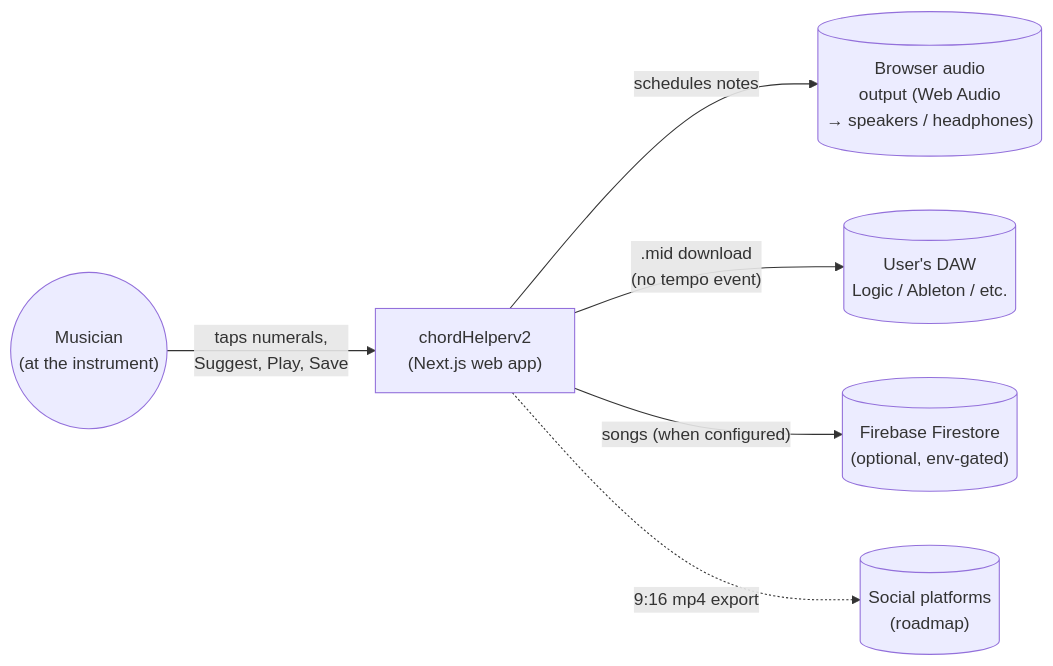
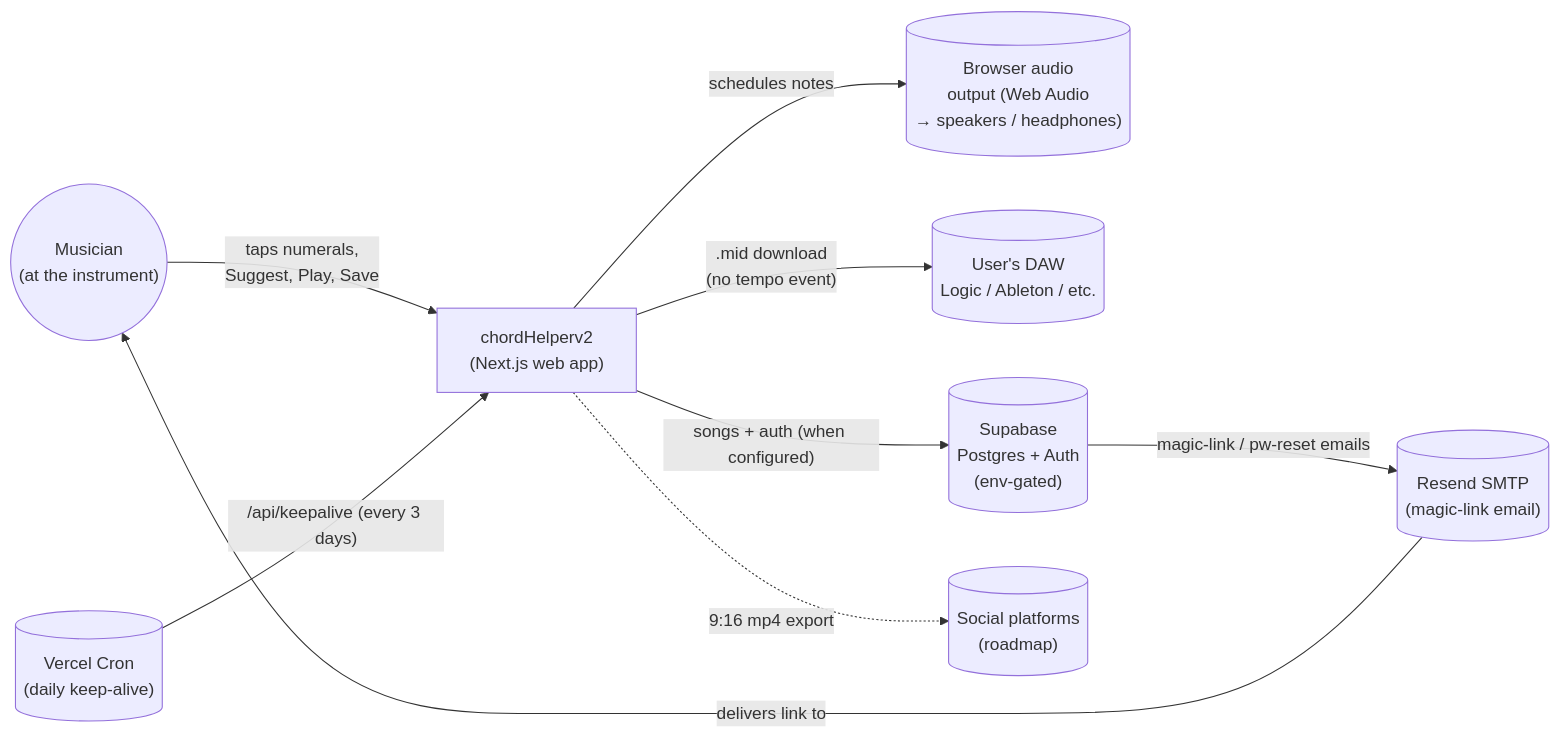
Before and after one commit to mazhermon/hitme-chord-suggester-v2: the first of 4 diagrams in docs/SYSTEM.md, drawn with Mermaid. The commit also changed other lines of this file and 5 other files, not shown here.

````diff
--- a/docs/SYSTEM.md
+++ b/docs/SYSTEM.md
@@ -32,15 +32,20 @@
 ```mermaid
 flowchart LR
   user(("Musician<br/>(at the instrument)"))
   app["chordHelperv2<br/>(Next.js web app)"]
   speakers[("Browser audio<br/>output (Web Audio<br/>→ speakers / headphones)")]
   daw[("User's DAW<br/>Logic / Ableton / etc.")]
-  firestore[("Firebase Firestore<br/>(optional, env-gated)")]
+  supabase[("Supabase<br/>Postgres + Auth<br/>(env-gated)")]
+  resend[("Resend SMTP<br/>(magic-link email)")]
+  vercel[("Vercel Cron<br/>(daily keep-alive)")]
   share[("Social platforms<br/>(roadmap)")]
 
   user -- "taps numerals,<br/>Suggest, Play, Save" --> app
   app -- "schedules notes" --> speakers
   app -- ".mid download<br/>(no tempo event)" --> daw
-  app -- "songs (when configured)" --> firestore
+  app -- "songs + auth (when configured)" --> supabase
+  supabase -- "magic-link / pw-reset emails" --> resend
+  resend -- "delivers link to" --> user
+  vercel -- "/api/keepalive (every 3 days)" --> app
   app -. "9:16 mp4 export" .-> share
 ```
````
